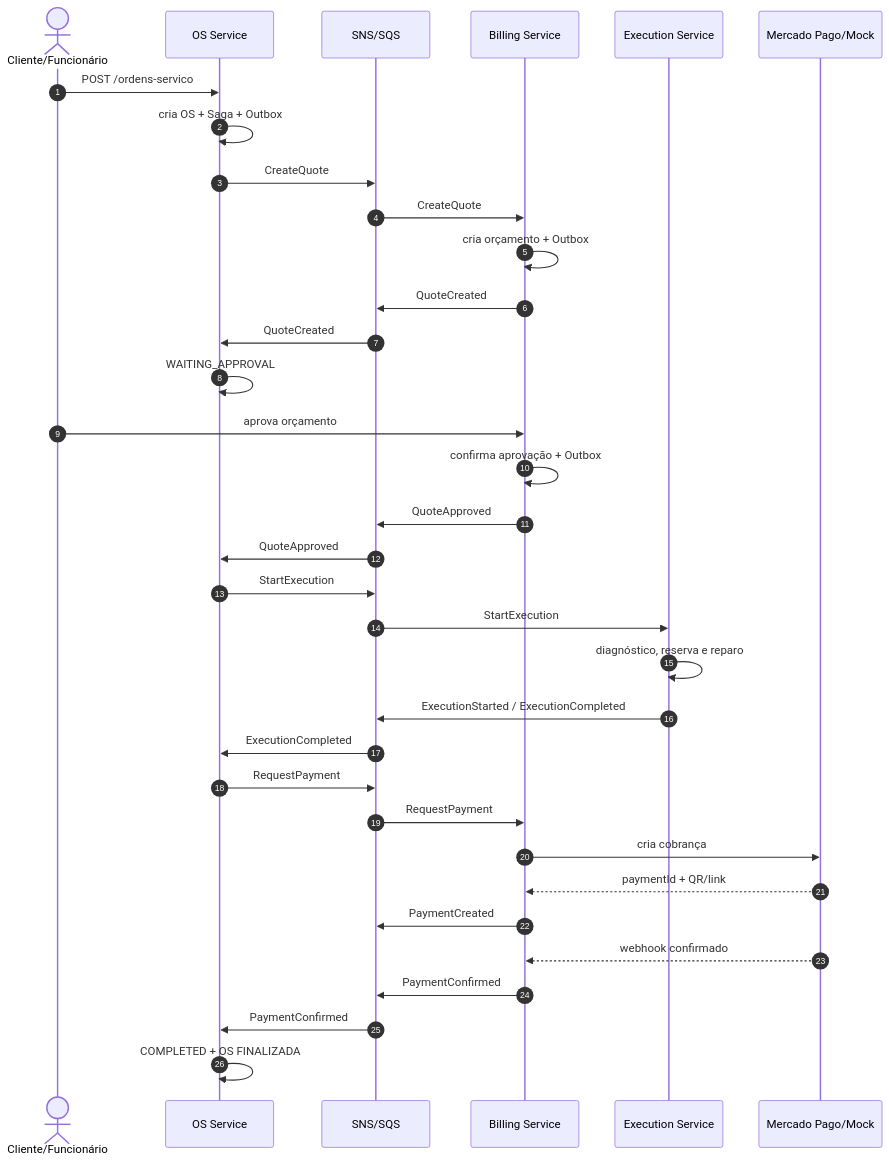
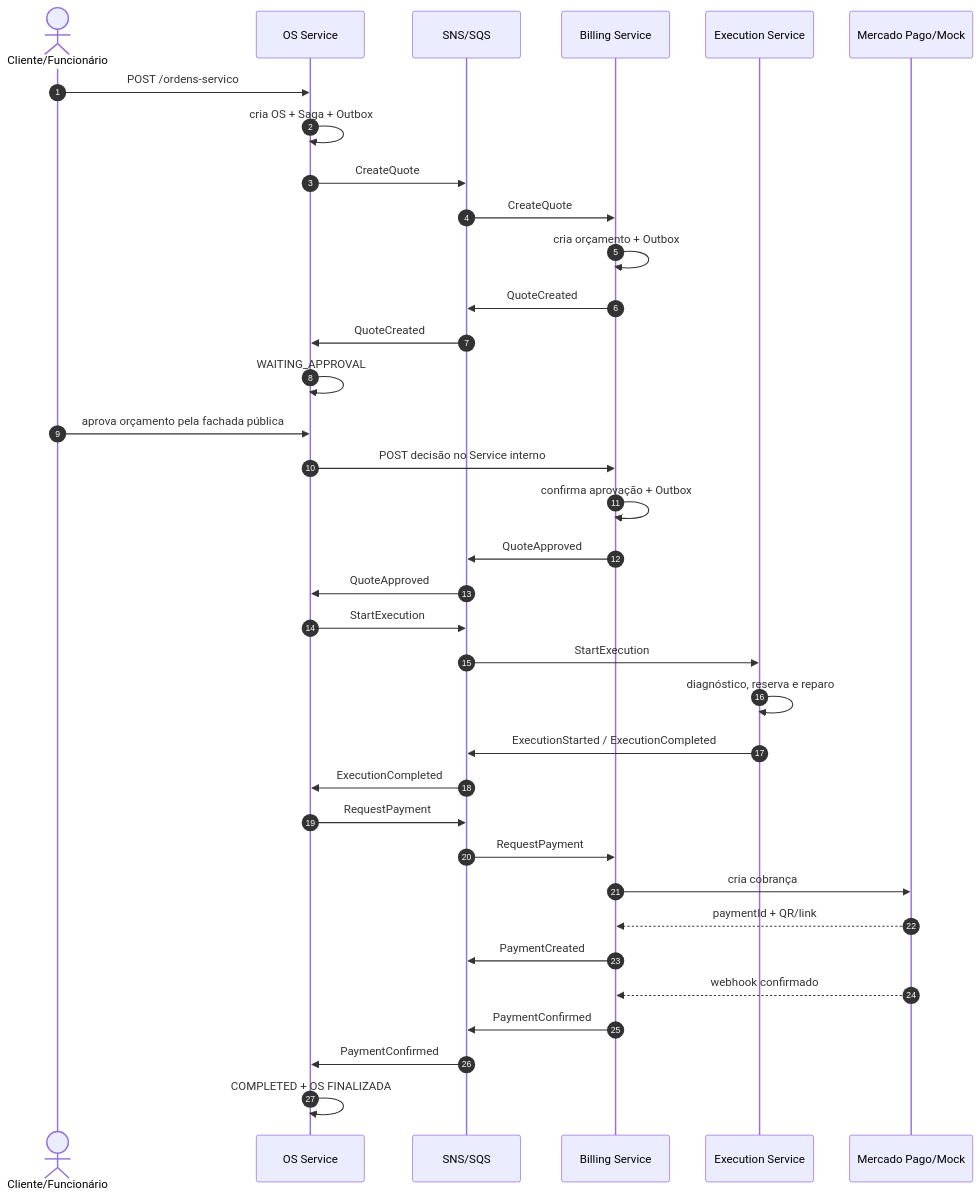
Before and after one commit to maypinheiro/oficina-api: the first of 3 diagrams in docs/fase4/saga-orquestrada.md, drawn with Mermaid. The commit also changed other lines of this file and 3 other files, not shown here.

````diff
--- a/docs/fase4/saga-orquestrada.md
+++ b/docs/fase4/saga-orquestrada.md
@@ -21,39 +21,40 @@
 ```mermaid
 sequenceDiagram
   autonumber
   actor C as Cliente/Funcionário
   participant OS as OS Service
   participant MQ as SNS/SQS
   participant B as Billing Service
   participant E as Execution Service
   participant P as Mercado Pago/Mock
 
   C->>OS: POST /ordens-servico
   OS->>OS: cria OS + Saga + Outbox
   OS->>MQ: CreateQuote
   MQ->>B: CreateQuote
   B->>B: cria orçamento + Outbox
   B->>MQ: QuoteCreated
   MQ->>OS: QuoteCreated
   OS->>OS: WAITING_APPROVAL
 
-  C->>B: aprova orçamento
+  C->>OS: aprova orçamento pela fachada pública
+  OS->>B: POST decisão no Service interno
   B->>B: confirma aprovação + Outbox
   B->>MQ: QuoteApproved
   MQ->>OS: QuoteApproved
   OS->>MQ: StartExecution
   MQ->>E: StartExecution
 
   E->>E: diagnóstico, reserva e reparo
   E->>MQ: ExecutionStarted / ExecutionCompleted
   MQ->>OS: ExecutionCompleted
   OS->>MQ: RequestPayment
   MQ->>B: RequestPayment
   B->>P: cria cobrança
   P-->>B: paymentId + QR/link
   B->>MQ: PaymentCreated
   P-->>B: webhook confirmado
   B->>MQ: PaymentConfirmed
   MQ->>OS: PaymentConfirmed
   OS->>OS: COMPLETED + OS FINALIZADA
 ```
````
